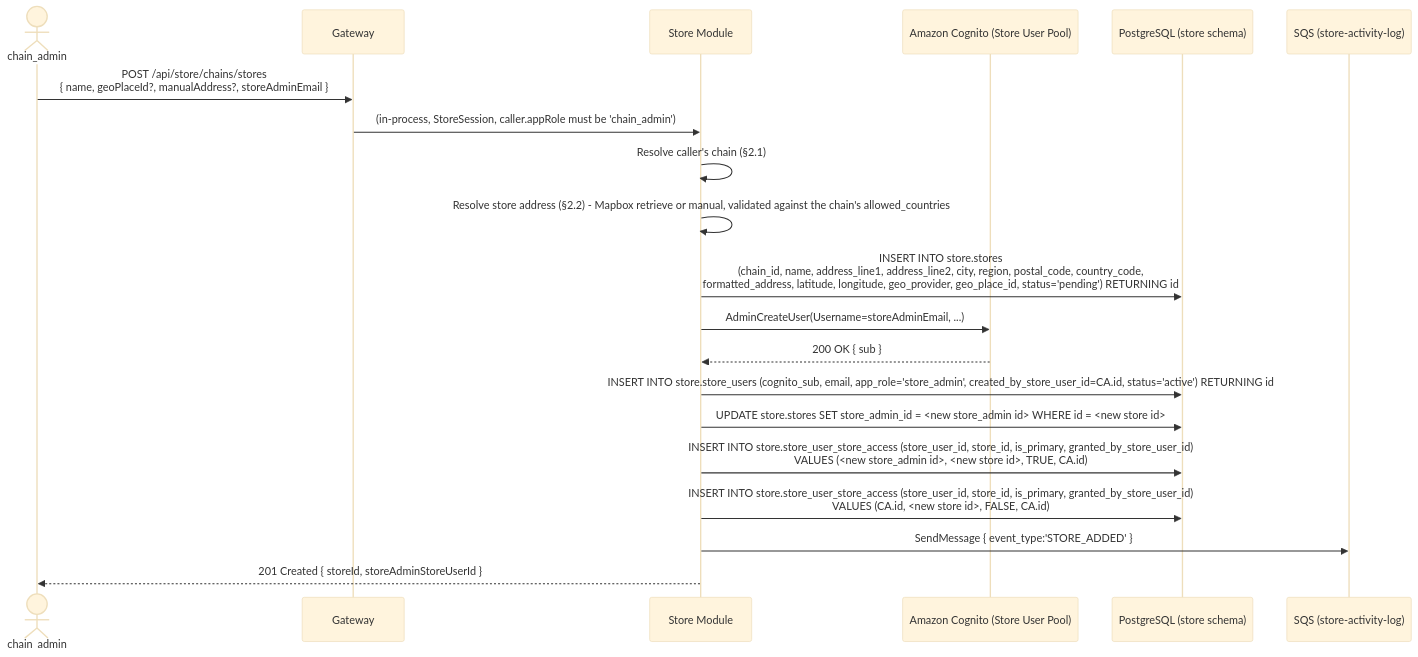
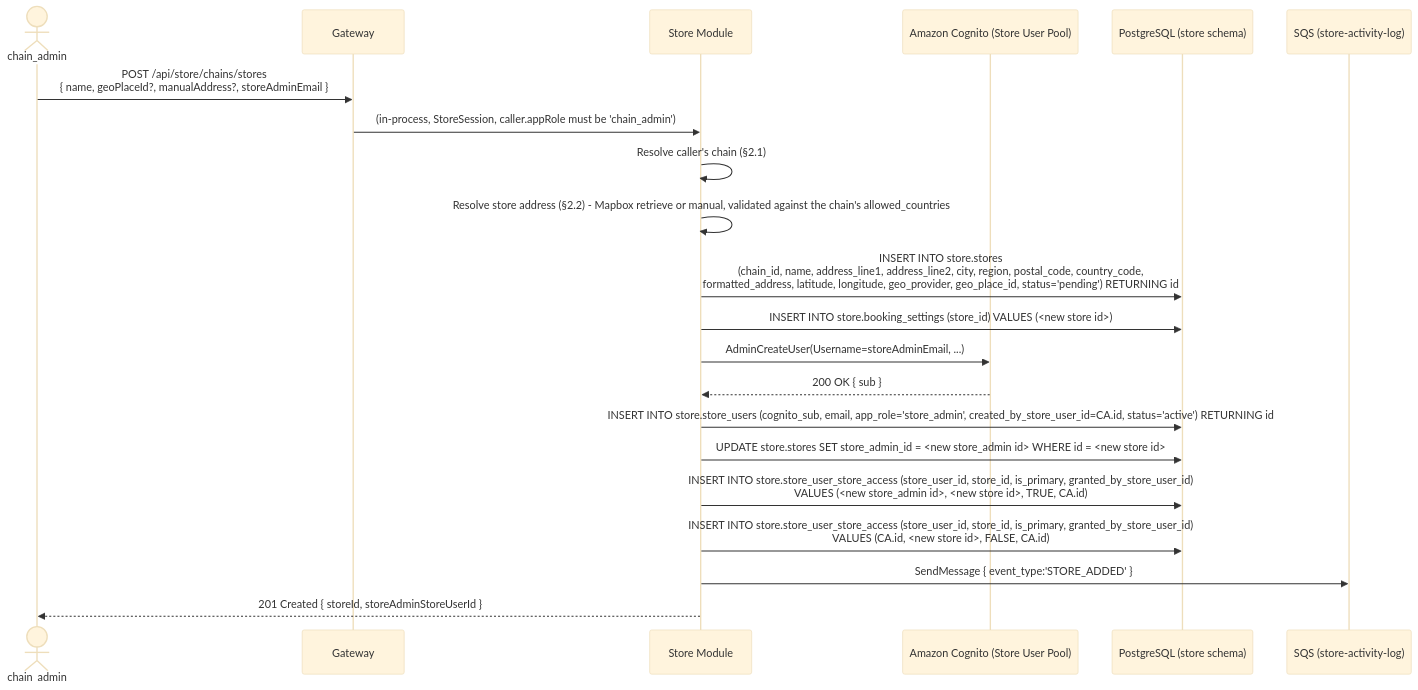
The fourth of 10 diagrams in usercasestudy/growayshop-registration-workflow.md (szhanggit/appointmentsystemdesign), drawn with Mermaid (base theme) before and after one commit. The commit also changed other lines of this file, not shown here.

````diff
--- a/usercasestudy/growayshop-registration-workflow.md
+++ b/usercasestudy/growayshop-registration-workflow.md
@@ -290,23 +292,24 @@
 ```mermaid
 sequenceDiagram
     actor CA as chain_admin
     participant GW as Gateway
     participant SM as Store Module
     participant SCOG as Amazon Cognito (Store User Pool)
     participant DB as PostgreSQL (store schema)
     participant SQSQ as SQS (store-activity-log)
 
     CA->>GW: POST /api/store/chains/stores<br/>{ name, geoPlaceId?, manualAddress?, storeAdminEmail }
     GW->>SM: (in-process, StoreSession, caller.appRole must be 'chain_admin')
     SM->>SM: Resolve caller's chain (§2.1)
     SM->>SM: Resolve store address (§2.2) - Mapbox retrieve or manual, validated against the chain's allowed_countries
     SM->>DB: INSERT INTO store.stores<br/>(chain_id, name, address_line1, address_line2, city, region, postal_code, country_code,<br/>formatted_address, latitude, longitude, geo_provider, geo_place_id, status='pending') RETURNING id
+    SM->>DB: INSERT INTO store.booking_settings (store_id) VALUES (<new store id>)
     SM->>SCOG: AdminCreateUser(Username=storeAdminEmail, ...)
     SCOG-->>SM: 200 OK { sub }
     SM->>DB: INSERT INTO store.store_users (cognito_sub, email, app_role='store_admin', created_by_store_user_id=CA.id, status='active') RETURNING id
     SM->>DB: UPDATE store.stores SET store_admin_id = <new store_admin id> WHERE id = <new store id>
     SM->>DB: INSERT INTO store.store_user_store_access (store_user_id, store_id, is_primary, granted_by_store_user_id)<br/>VALUES (<new store_admin id>, <new store id>, TRUE, CA.id)
     SM->>DB: INSERT INTO store.store_user_store_access (store_user_id, store_id, is_primary, granted_by_store_user_id)<br/>VALUES (CA.id, <new store id>, FALSE, CA.id)
     SM->>SQSQ: SendMessage { event_type:'STORE_ADDED' }
     SM-->>CA: 201 Created { storeId, storeAdminStoreUserId }
 ```
````
